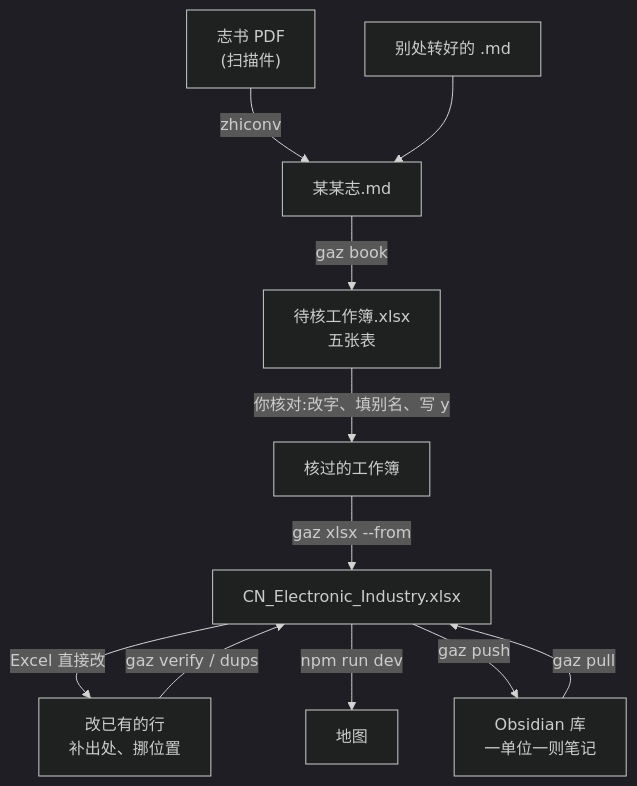
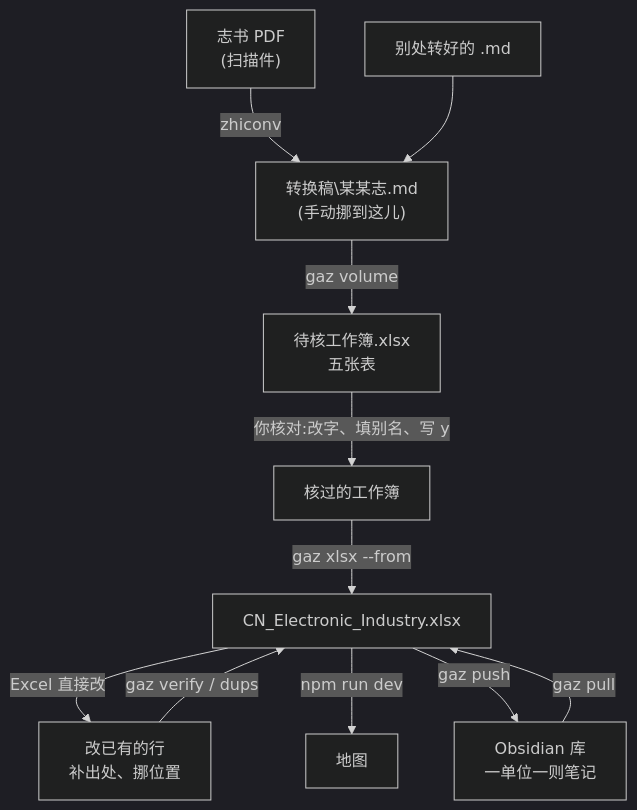
One commit to gantai/Electronic_industry_CN_Map changed the diagram in tools/gazetteer/流程.md. Above: the diagram before and after it, drawn with Mermaid (dark theme). The commit also changed other lines of this file and 5 other files, not shown here.

````diff
--- a/tools/gazetteer/流程.md
+++ b/tools/gazetteer/流程.md
@@ -37,13 +37,13 @@
 ```mermaid
 flowchart TD
-    A["志书 PDF<br/>(扫描件)"] -->|zhiconv| B["某某志.md"]
+    A["志书 PDF<br/>(扫描件)"] -->|zhiconv| B["转换稿\某某志.md<br/>(手动挪到这儿)"]
     A2["别处转好的 .md"] --> B
-    B -->|gaz book| C["待核工作簿.xlsx<br/>五张表"]
+    B -->|gaz volume| C["待核工作簿.xlsx<br/>五张表"]
     C -->|你核对:改字、填别名、写 y| D["核过的工作簿"]
     D -->|gaz xlsx --from| E["CN_Electronic_Industry.xlsx"]
     E -->|Excel 直接改| E2["改已有的行<br/>补出处、挪位置"]
     E2 -->|gaz verify / dups| E
     E -->|npm run dev| F["地图"]
     E -->|gaz push| G["Obsidian 库<br/>一单位一则笔记"]
     G -->|gaz pull| E
 ```
````
